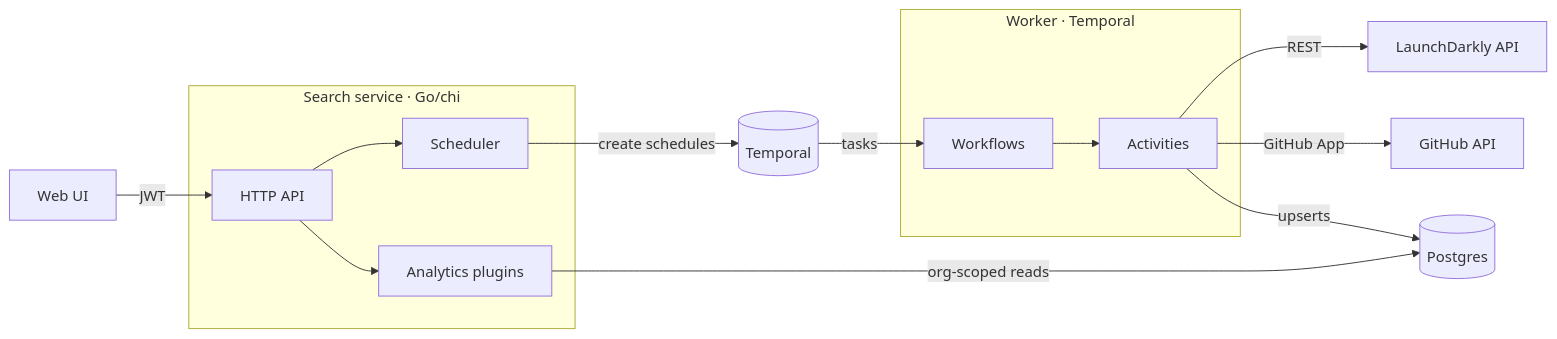
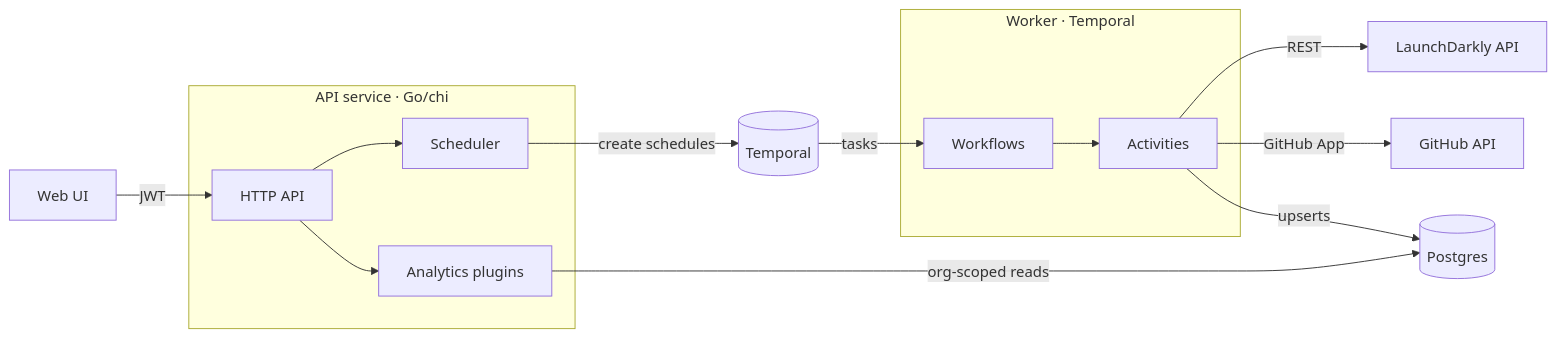
One commit to datagillhq/datagill-core changed the first of 3 diagrams in docs/architecture.md. Above: the diagram before and after it, drawn with Mermaid. The commit also changed other lines of this file and 59 other files, not shown here.

First line of the commit message:
refactor(api): rename the search service to api

````diff
--- a/docs/architecture.md
+++ b/docs/architecture.md
@@ -28,21 +28,21 @@
 ```mermaid
 flowchart LR
     UI[Web UI] -->|JWT| API
 
-    subgraph search [Search service · Go/chi]
+    subgraph api [API service · Go/chi]
         API[HTTP API] --> Sched[Scheduler]
         API --> Analytics[Analytics plugins]
     end
 
     Sched -->|create schedules| T[(Temporal)]
     T -->|tasks| W
 
     subgraph worker [Worker · Temporal]
         W[Workflows] --> A[Activities]
     end
 
     A -->|REST| LD[LaunchDarkly API]
     A -->|GitHub App| GH[GitHub API]
     A -->|upserts| PG[(Postgres)]
     Analytics -->|org-scoped reads| PG
 ```
````
